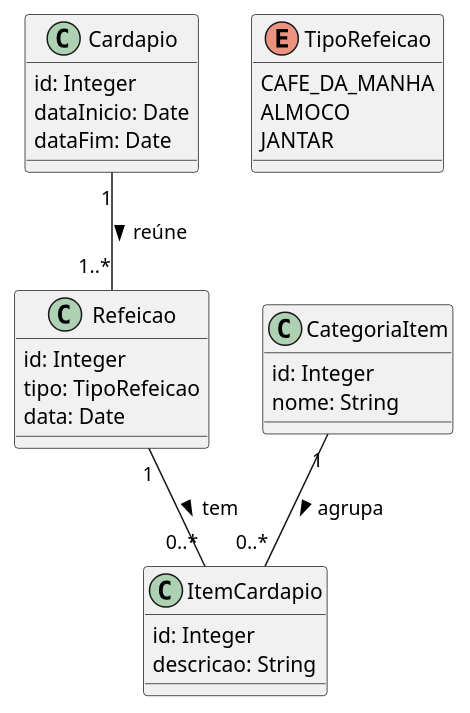
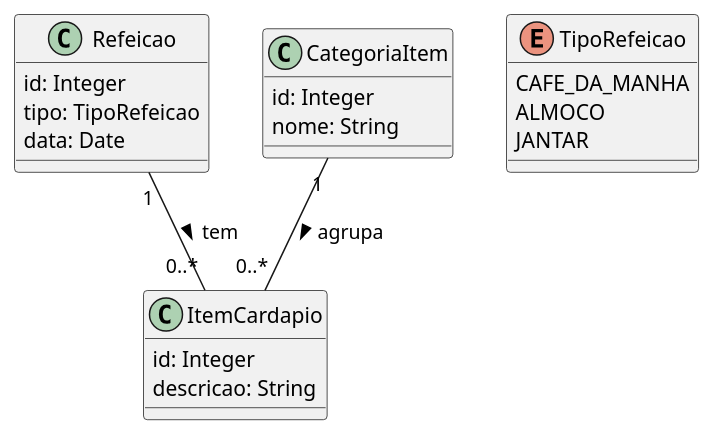
One commit to joseduardogon/Minha_UFG_Grupo_Cinza changed the diagram in RU/DD-RU-01.md. Above: the diagram before and after it, drawn with PlantUML. The commit also changed other lines of this file and 38 other files, not shown here.

````diff
--- a/RU/DD-RU-01.md
+++ b/RU/DD-RU-01.md
@@ -71,28 +61,22 @@
 ```plantuml
-class Cardapio {
-  id: Integer
-  dataInicio: Date
-  dataFim: Date
-}
 class Refeicao {
   id: Integer
   tipo: TipoRefeicao
   data: Date
 }
 class ItemCardapio {
   id: Integer
   descricao: String
 }
 class CategoriaItem {
   id: Integer
   nome: String
 }
 enum TipoRefeicao {
   CAFE_DA_MANHA
   ALMOCO
   JANTAR
 }
-Cardapio "1" -- "1..*" Refeicao : reúne >
 Refeicao "1" -- "0..*" ItemCardapio : tem >
 CategoriaItem "1" -- "0..*" ItemCardapio : agrupa >
 ```
````
